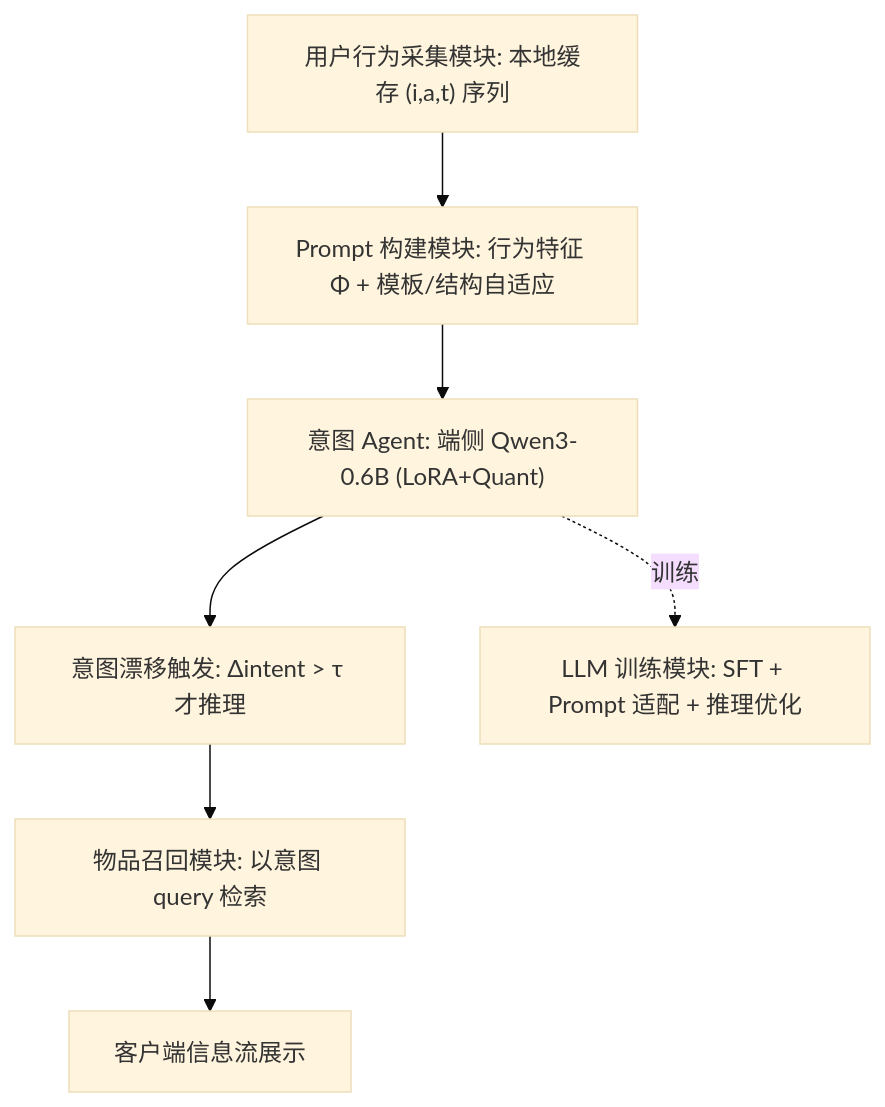
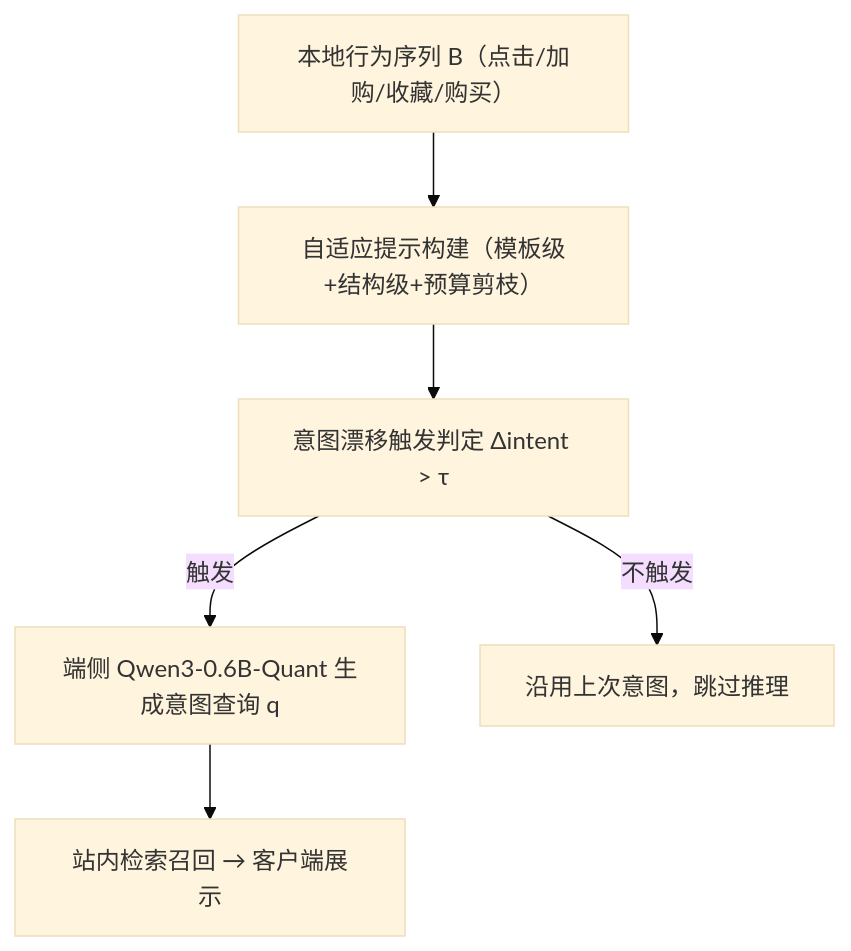
Before and after one commit to jbdcia321vw/Paper-Notes: the diagram in docs/venues/SIGIR/2026/llm_rec/recgpt_mobile_on_device_large_language_models_for_user_intent_understanding.md, drawn with Mermaid (base theme). The commit also changed other lines of this file and 1119 other files, not shown here.

````diff
--- a/docs/venues/SIGIR/2026/llm_rec/recgpt_mobile_on_device_large_language_models_for_user_intent_understanding.md
+++ b/docs/venues/SIGIR/2026/llm_rec/recgpt_mobile_on_device_large_language_models_for_user_intent_understanding.md
@@ -62,9 +47,8 @@
 ```mermaid
 flowchart TD
-    A["用户行为采集模块: 本地缓存 (i,a,t) 序列"] --> B["Prompt 构建模块: 行为特征 Φ + 模板/结构自适应"]
-    B --> C["意图 Agent: 端侧 Qwen3-0.6B (LoRA+Quant)"]
-    C --> D["意图漂移触发: Δintent > τ 才推理"]
-    D --> E["物品召回模块: 以意图 query 检索"]
-    E --> F["客户端信息流展示"]
-    C -.训练.-> G["LLM 训练模块: SFT + Prompt 适配 + 推理优化"]
+    A["本地行为序列 B（点击/加购/收藏/购买）"] --> B["自适应提示构建（模板级+结构级+预算剪枝）"]
+    B --> C["意图漂移触发判定 Δintent > τ"]
+    C -->|触发| D["端侧 Qwen3-0.6B-Quant 生成意图查询 q"]
+    C -->|不触发| E["沿用上次意图，跳过推理"]
+    D --> F["站内检索召回 → 客户端展示"]
 ```
````
